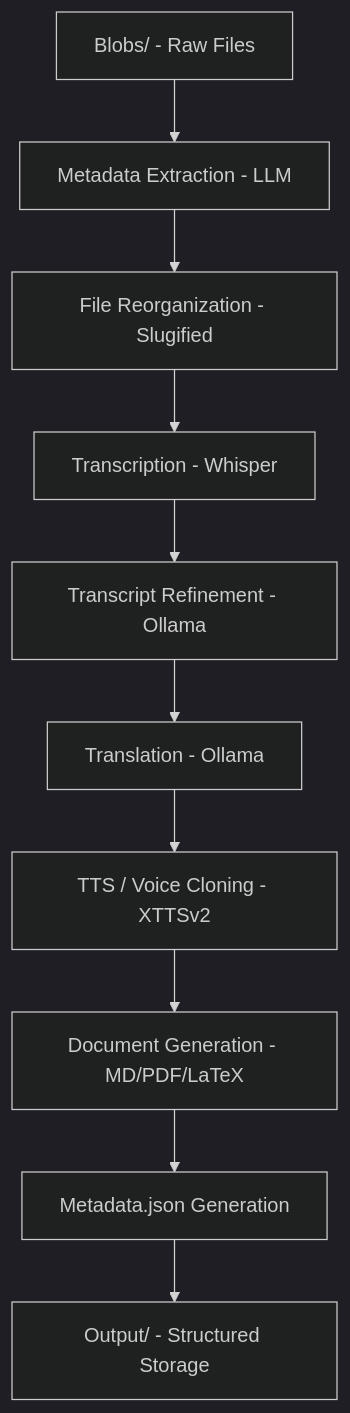
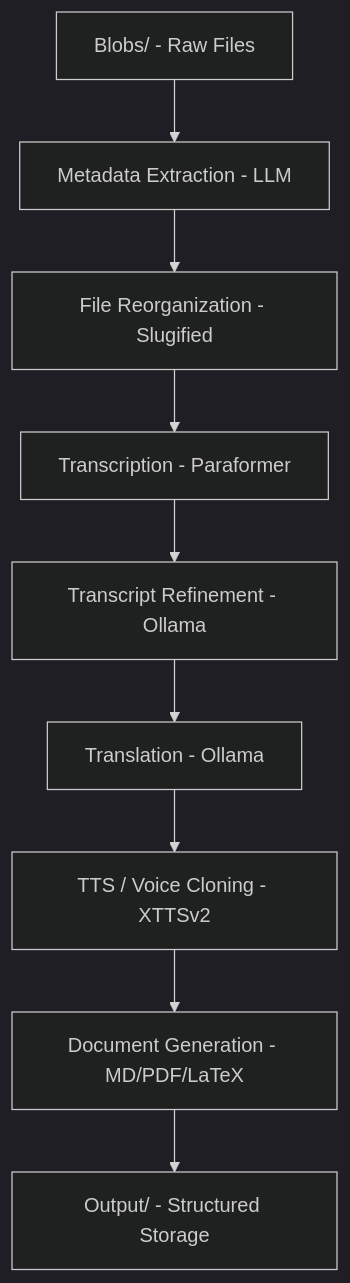
One commit to solomonxie/sermon-voices changed the diagram in DESIGN.md. Above: the diagram before and after it, drawn with Mermaid (dark theme). The commit also changed other lines of this file and 8 other files, not shown here.

````diff
--- a/DESIGN.md
+++ b/DESIGN.md
@@ -26,12 +30,11 @@
 ```mermaid
 graph TD
     A[Blobs/ - Raw Files] --> B[Metadata Extraction - LLM]
     B --> C[File Reorganization - Slugified]
-    C --> D[Transcription - Whisper]
+    C --> D[Transcription - Paraformer]
     D --> E[Transcript Refinement - Ollama]
     E --> F[Translation - Ollama]
     F --> G[TTS / Voice Cloning - XTTSv2]
     G --> H[Document Generation - MD/PDF/LaTeX]
-    H --> I[Metadata.json Generation]
-    I --> J[Output/ - Structured Storage]
+    H --> I[Output/ - Structured Storage]
 ```
````
